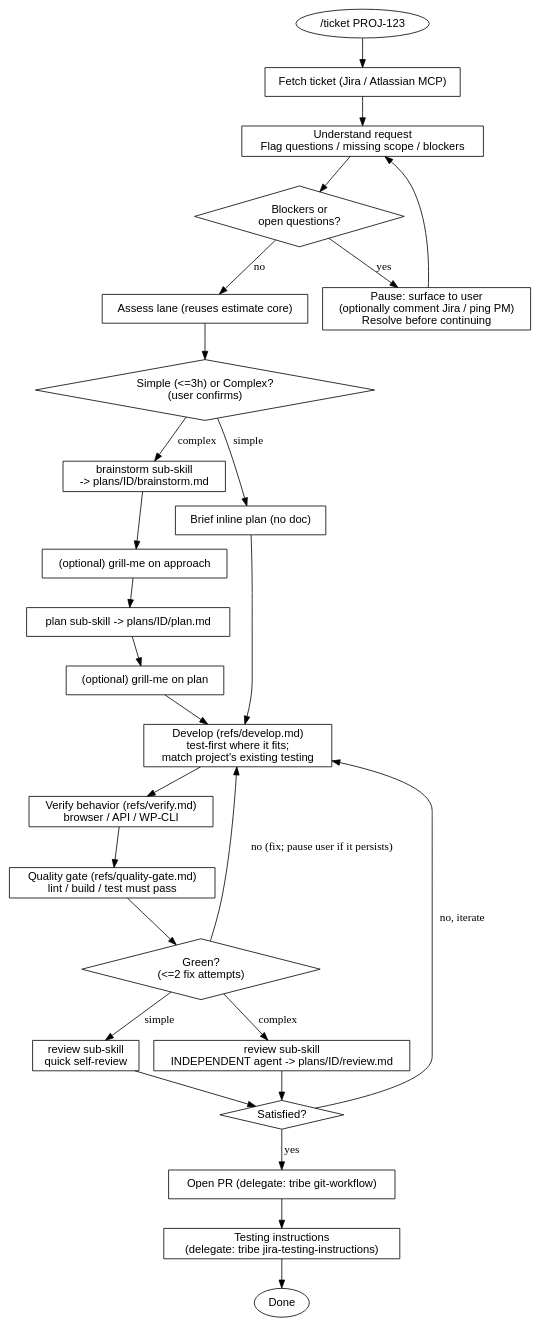
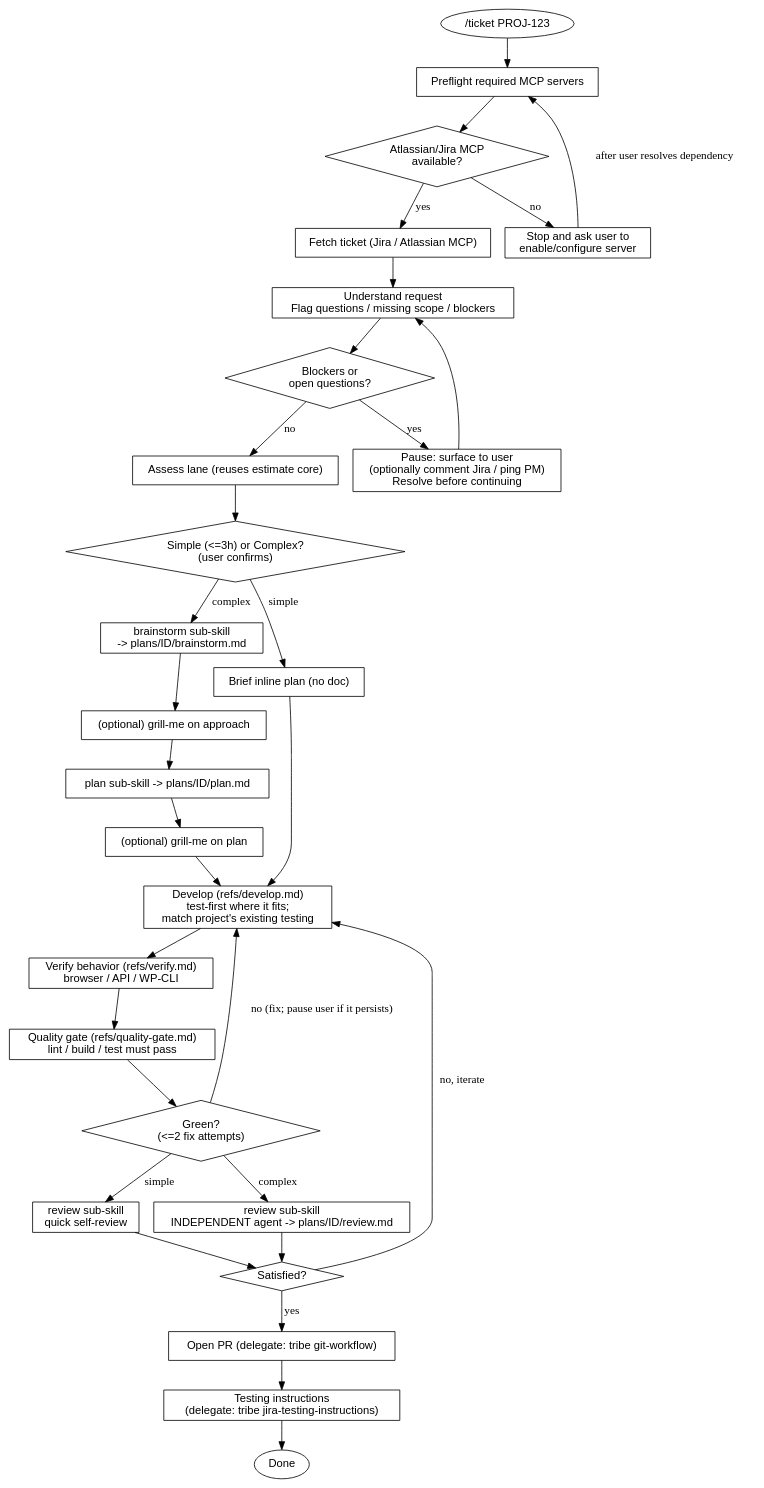
The diagram in references/decision-tree.md (LayaTaal/tribe-harness), drawn with Graphviz before and after one commit. The commit also changed other lines of this file and 4 other files, not shown here.

Commit message:
Add MCP dependency preflight

````diff
--- a/references/decision-tree.md
+++ b/references/decision-tree.md
@@ -7,43 +7,50 @@
 ```dot
 digraph ticket_workflow {
   rankdir=TB; node [shape=box, fontname="Helvetica"];
   start      [shape=oval, label="/ticket PROJ-123"];
+  preflight  [label="Preflight required MCP servers"];
+  depcheck   [shape=diamond, label="Atlassian/Jira MCP\navailable?"];
+  dep_pause  [label="Stop and ask user to\nenable/configure server"];
   fetch      [label="Fetch ticket (Jira / Atlassian MCP)"];
   understand [label="Understand request\nFlag questions / missing scope / blockers"];
   blocked    [shape=diamond, label="Blockers or\nopen questions?"];
   pause      [label="Pause: surface to user\n(optionally comment Jira / ping PM)\nResolve before continuing"];
   assess     [label="Assess lane (reuses estimate core)"];
   confirm    [shape=diamond, label="Simple (<=3h) or Complex?\n(user confirms)"];
 
   brainstorm [label="brainstorm sub-skill\n-> plans/ID/brainstorm.md"];
   grill1     [label="(optional) grill-me on approach"];
   plan_c     [label="plan sub-skill -> plans/ID/plan.md"];
   grill2     [label="(optional) grill-me on plan"];
   plan_s     [label="Brief inline plan (no doc)"];
 
   develop    [label="Develop (refs/develop.md)\ntest-first where it fits;\nmatch project's existing testing"];
   verify     [label="Verify behavior (refs/verify.md)\nbrowser / API / WP-CLI"];
   gate       [label="Quality gate (refs/quality-gate.md)\nlint / build / test must pass"];
   gatecheck  [shape=diamond, label="Green?\n(<=2 fix attempts)"];
   review_c   [label="review sub-skill\nINDEPENDENT agent -> plans/ID/review.md"];
   review_s   [label="review sub-skill\nquick self-review"];
   satisfied  [shape=diamond, label="Satisfied?"];
   pr         [label="Open PR (delegate: tribe git-workflow)"];
   testing    [label="Testing instructions\n(delegate: tribe jira-testing-instructions)"];
   done       [shape=oval, label="Done"];
 
-  start->fetch->understand->blocked;
+  start->preflight->depcheck;
+  depcheck->fetch [label="yes"];
+  depcheck->dep_pause [label="no"];
+  dep_pause->preflight [label="after user resolves dependency"];
+  fetch->understand->blocked;
   blocked->pause [label="yes"]; pause->understand;
   blocked->assess [label="no"]; assess->confirm;
   confirm->brainstorm [label="complex"];
   brainstorm->grill1->plan_c->grill2->develop;
   confirm->plan_s [label="simple"]; plan_s->develop;
   develop->verify;
   verify->gate->gatecheck;
   gatecheck->develop [label="no (fix; pause user if it persists)"];
   gatecheck->review_c [label="complex"]; gatecheck->review_s [label="simple"];
   review_c->satisfied; review_s->satisfied;
   satisfied->develop [label="no, iterate"]; satisfied->pr [label="yes"];
   pr->testing->done;
 }
 ```
````
